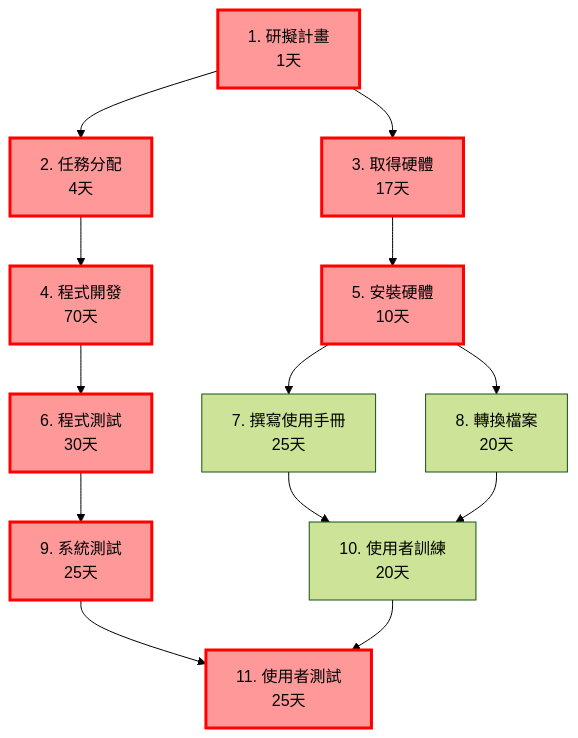
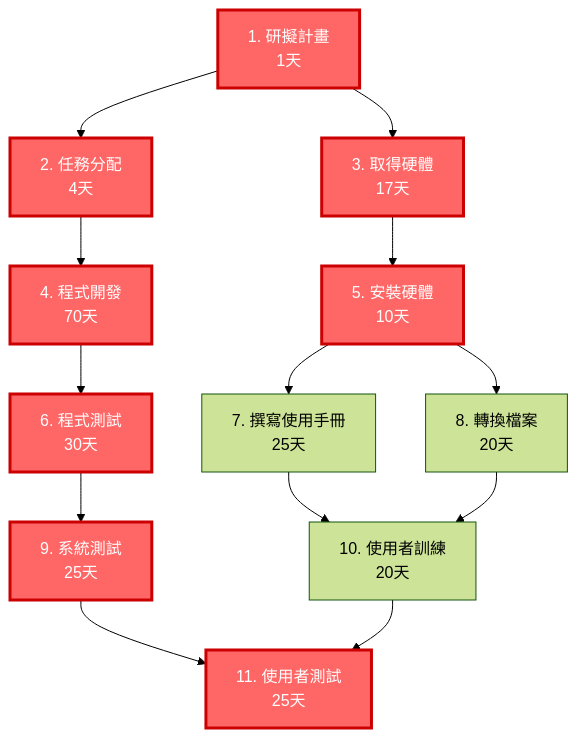
The first of 3 diagrams in hw2.md (c112118202-droid/C112118202), drawn with Mermaid (forest theme) before and after one commit.

````diff
--- a/hw2.md
+++ b/hw2.md
@@ -8,19 +8,19 @@
 ```mermaid
 graph TD
     A[1. 研擬計畫<br/>1天] --> B[2. 任務分配<br/>4天]
     A --> C[3. 取得硬體<br/>17天]
     B --> D[4. 程式開發<br/>70天]
     C --> E[5. 安裝硬體<br/>10天]
     D --> F[6. 程式測試<br/>30天]
     E --> G[7. 撰寫使用手冊<br/>25天]
     E --> H[8. 轉換檔案<br/>20天]
     F --> I[9. 系統測試<br/>25天]
     G --> J[10. 使用者訓練<br/>20天]
     H --> J
     I --> K[11. 使用者測試<br/>25天]
     J --> K
     
     class A,B,C,D,E,F,I,K critical
-    classDef critical fill:#ff9999,stroke:#ff0000,stroke-width:3px;
-    classDef normal fill:#e1e1e1,stroke:#333,stroke-width:2px;
+    classDef critical fill:#ff6666,stroke:#cc0000,stroke-width:3px,color:#ffffff;
+    classDef normal fill:#f0f0f0,stroke:#333,stroke-width:2px,color:#000000;
 ```
````
